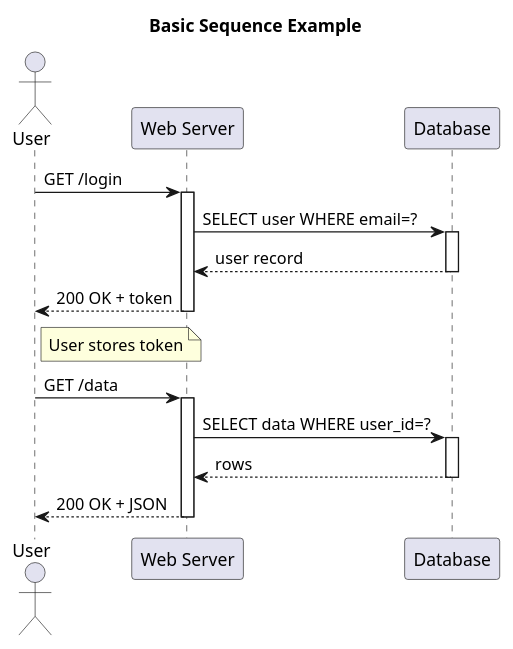
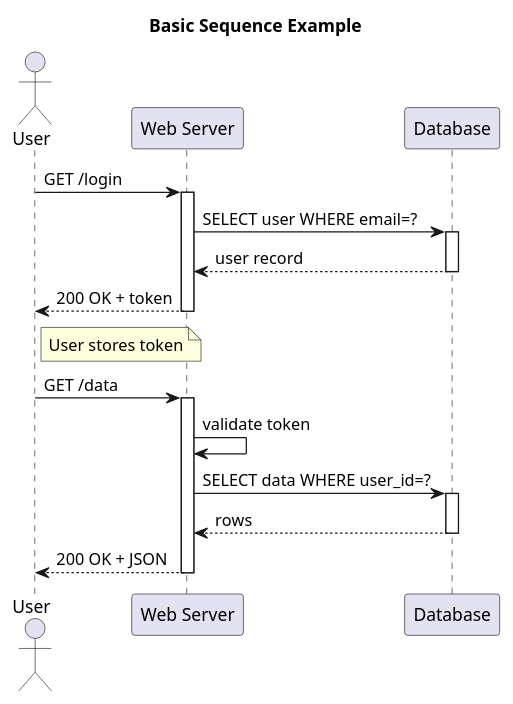
Before and after one commit to grahambrooks/puml: the diagram in examples/sequence.puml, drawn with PlantUML. The commit also changed 84 other files, not shown here.

Commit message:
Add C4 model support and enhance diagram rendering capabilities

```diff
--- a/examples/sequence.puml
+++ b/examples/sequence.puml
@@ -1,28 +1,29 @@
 @startuml
 title Basic Sequence Example
 
 actor User
 participant "Web Server" as WS
 participant Database as DB
 
 User -> WS : GET /login
 activate WS
 WS -> DB : SELECT user WHERE email=?
 activate DB
 DB --> WS : user record
 deactivate DB
 WS --> User : 200 OK + token
 deactivate WS
 
 note right of User : User stores token
 
 User -> WS : GET /data
 activate WS
+WS -> WS : validate token
 WS -> DB : SELECT data WHERE user_id=?
 activate DB
 DB --> WS : rows
 deactivate DB
 WS --> User : 200 OK + JSON
 deactivate WS
 
 @enduml
```
